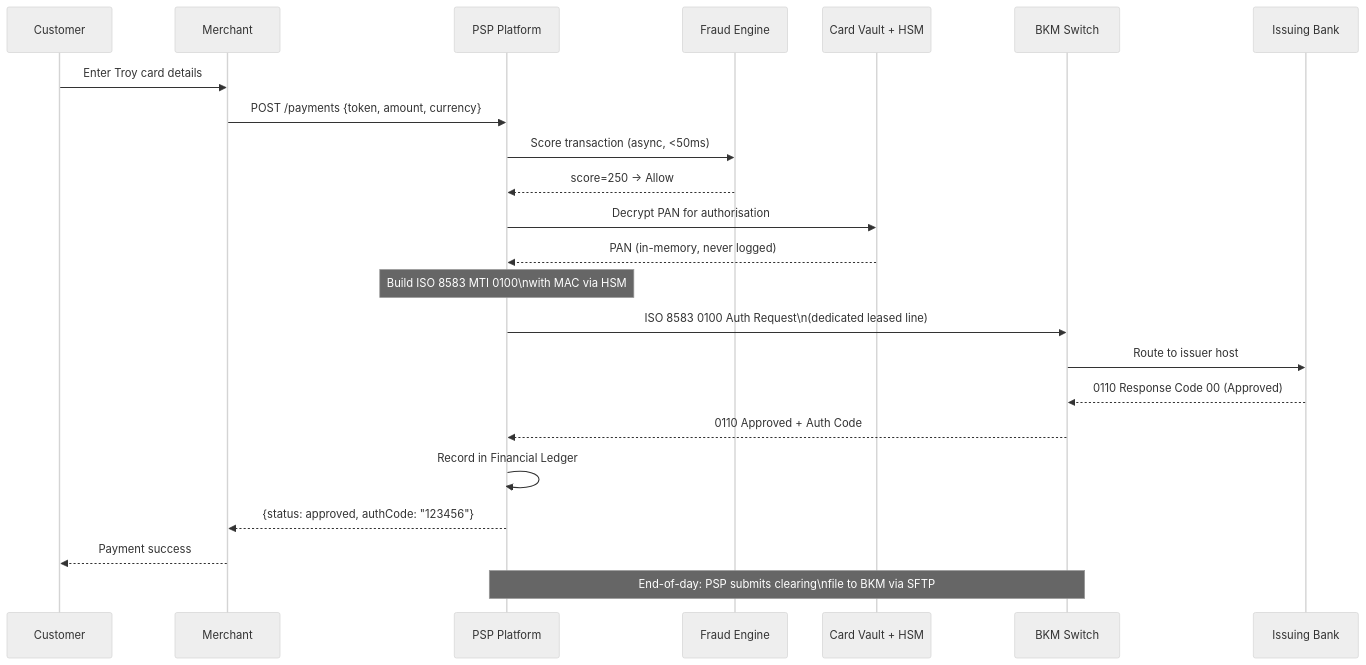
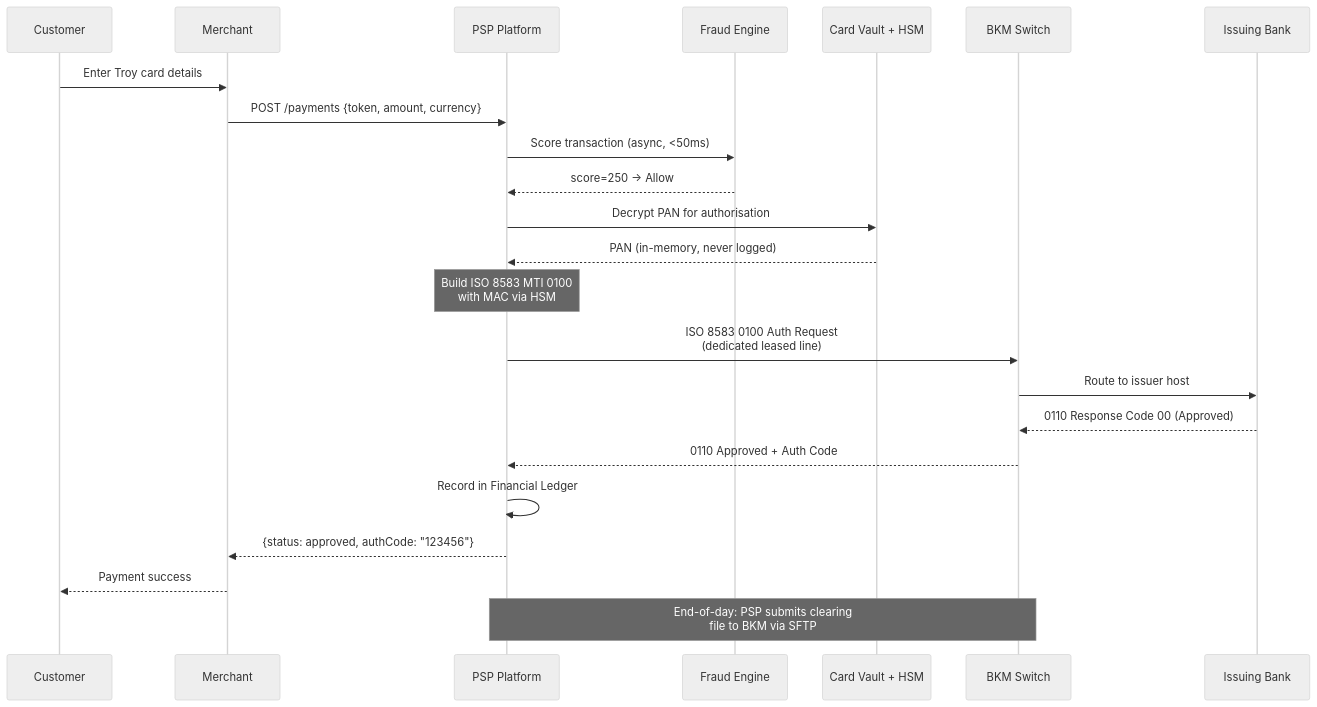
One commit to gurkanindibay/azure_learning changed diagram 14 of 35 in architecture-general/09-industry-specialized-architectures/9.1.1-financial-services-architecture/9.1.1.4-turkish-payment-system-architecture.md. Above: the diagram before and after it, drawn with Mermaid (neutral theme). The commit also changed other lines of this file, not shown here.

````diff
--- a/architecture-general/09-industry-specialized-architectures/9.1.1-financial-services-architecture/9.1.1.4-turkish-payment-system-architecture.md
+++ b/architecture-general/09-industry-specialized-architectures/9.1.1-financial-services-architecture/9.1.1.4-turkish-payment-system-architecture.md
@@ -495,26 +603,26 @@
 ```mermaid
 sequenceDiagram
     participant C as Customer
     participant M as Merchant
     participant PSP as PSP Platform
     participant FRAUD as Fraud Engine
     participant VAULT as Card Vault + HSM
     participant BKM as BKM Switch
     participant ISSUER as Issuing Bank
 
     C->>M: Enter Troy card details
     M->>PSP: POST /payments {token, amount, currency}
     PSP->>FRAUD: Score transaction (async, <50ms)
     FRAUD-->>PSP: score=250 → Allow
     PSP->>VAULT: Decrypt PAN for authorisation
     VAULT-->>PSP: PAN (in-memory, never logged)
-    Note over PSP: Build ISO 8583 MTI 0100\nwith MAC via HSM
-    PSP->>BKM: ISO 8583 0100 Auth Request\n(dedicated leased line)
+    Note over PSP: Build ISO 8583 MTI 0100<br/>with MAC via HSM
+    PSP->>BKM: ISO 8583 0100 Auth Request<br/>(dedicated leased line)
     BKM->>ISSUER: Route to issuer host
     ISSUER-->>BKM: 0110 Response Code 00 (Approved)
     BKM-->>PSP: 0110 Approved + Auth Code
     PSP->>PSP: Record in Financial Ledger
     PSP-->>M: {status: approved, authCode: "123456"}
     M-->>C: Payment success
-    Note over PSP,BKM: End-of-day: PSP submits clearing\nfile to BKM via SFTP
+    Note over PSP,BKM: End-of-day: PSP submits clearing<br/>file to BKM via SFTP
 ```
````
